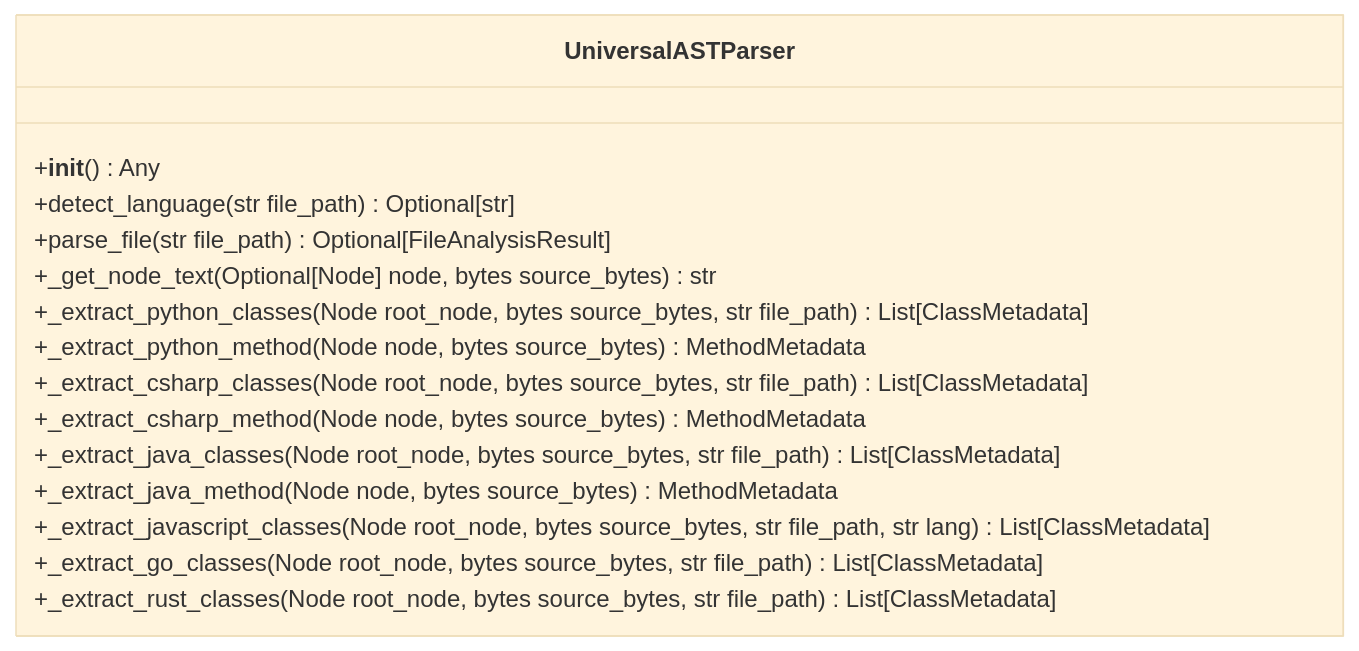
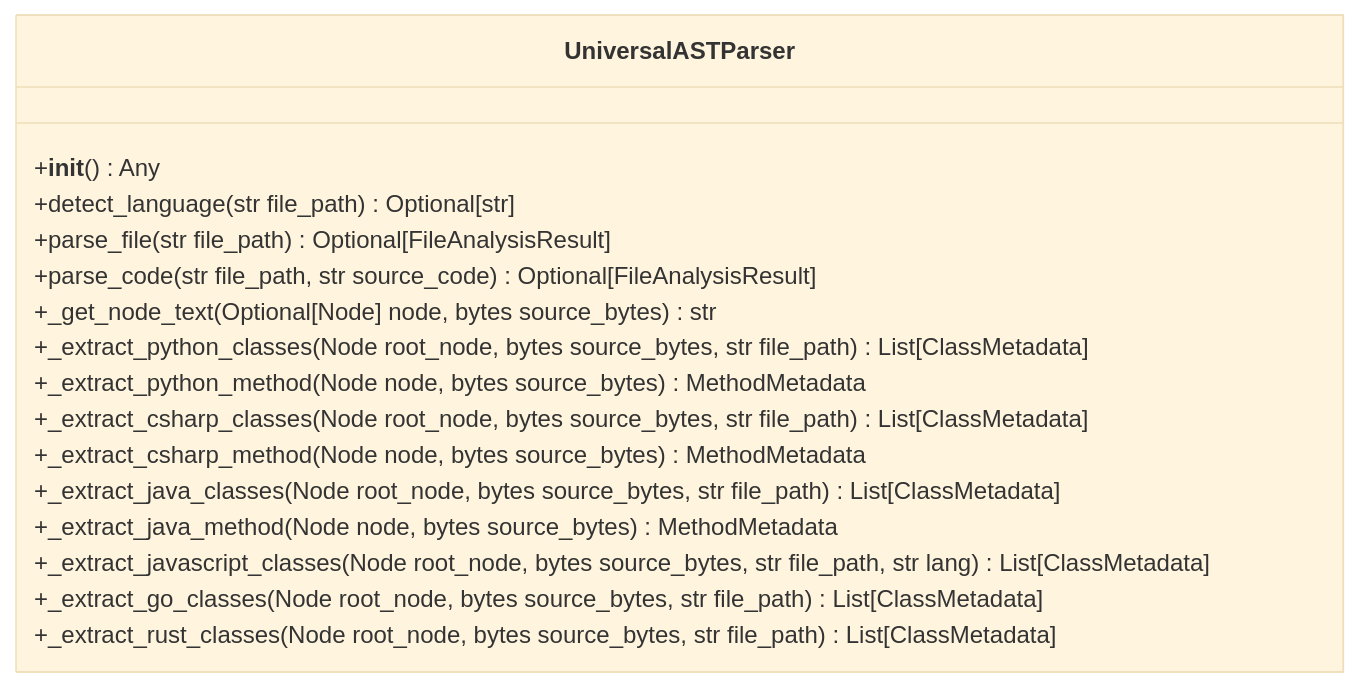
The diagram in docs/architecture/Python/UniversalASTParser.md (jerry-fab/Doc-Gen-Pipeline), drawn with Mermaid (base theme) before and after one commit. The commit also changed other lines of this file and 4 other files, not shown here.

Commit message:
docs: auto-update class architecture documentation [skip ci]

````diff
--- a/docs/architecture/Python/UniversalASTParser.md
+++ b/docs/architecture/Python/UniversalASTParser.md
@@ -9,18 +72,19 @@
 ```mermaid
 classDiagram
     class UniversalASTParser {
         +__init__() Any
         +detect_language(str file_path) Optional[str]
         +parse_file(str file_path) Optional[FileAnalysisResult]
+        +parse_code(str file_path, str source_code) Optional[FileAnalysisResult]
         +_get_node_text(Optional[Node] node, bytes source_bytes) str
         +_extract_python_classes(Node root_node, bytes source_bytes, str file_path) List[ClassMetadata]
         +_extract_python_method(Node node, bytes source_bytes) MethodMetadata
         +_extract_csharp_classes(Node root_node, bytes source_bytes, str file_path) List[ClassMetadata]
         +_extract_csharp_method(Node node, bytes source_bytes) MethodMetadata
         +_extract_java_classes(Node root_node, bytes source_bytes, str file_path) List[ClassMetadata]
         +_extract_java_method(Node node, bytes source_bytes) MethodMetadata
         +_extract_javascript_classes(Node root_node, bytes source_bytes, str file_path, str lang) List[ClassMetadata]
         +_extract_go_classes(Node root_node, bytes source_bytes, str file_path) List[ClassMetadata]
         +_extract_rust_classes(Node root_node, bytes source_bytes, str file_path) List[ClassMetadata]
     }
 ```
````
